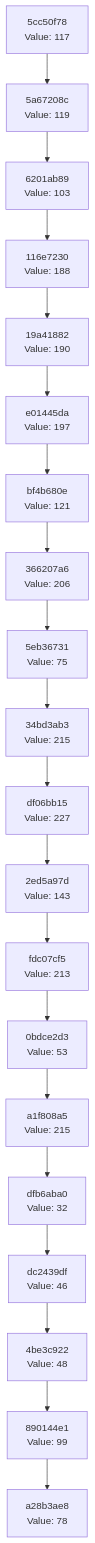
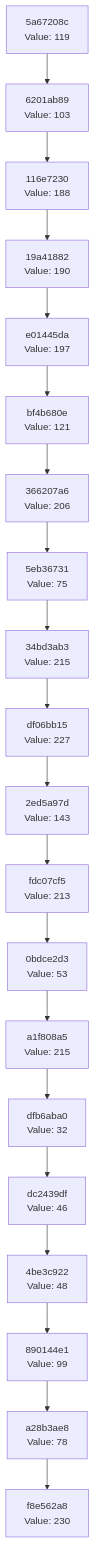
Before and after one commit to Abhisheksinha1506/hash-chain-evolver: the diagram in docs/CHAIN_VISUALIZATION.md, drawn with Mermaid. The commit also changed 3 other files, not shown here.

````diff
--- a/docs/CHAIN_VISUALIZATION.md
+++ b/docs/CHAIN_VISUALIZATION.md
@@ -3,42 +3,42 @@
 ```mermaid
 graph TD
-    C0["a28b3ae8<br/>Value: 78"]
-    C1["890144e1<br/>Value: 99"]
+    C0["f8e562a8<br/>Value: 230"]
+    C1["a28b3ae8<br/>Value: 78"]
     C1 --> C0
-    C2["4be3c922<br/>Value: 48"]
+    C2["890144e1<br/>Value: 99"]
     C2 --> C1
-    C3["dc2439df<br/>Value: 46"]
+    C3["4be3c922<br/>Value: 48"]
     C3 --> C2
-    C4["dfb6aba0<br/>Value: 32"]
+    C4["dc2439df<br/>Value: 46"]
     C4 --> C3
-    C5["a1f808a5<br/>Value: 215"]
+    C5["dfb6aba0<br/>Value: 32"]
     C5 --> C4
-    C6["0bdce2d3<br/>Value: 53"]
+    C6["a1f808a5<br/>Value: 215"]
     C6 --> C5
-    C7["fdc07cf5<br/>Value: 213"]
+    C7["0bdce2d3<br/>Value: 53"]
     C7 --> C6
-    C8["2ed5a97d<br/>Value: 143"]
+    C8["fdc07cf5<br/>Value: 213"]
     C8 --> C7
-    C9["df06bb15<br/>Value: 227"]
+    C9["2ed5a97d<br/>Value: 143"]
     C9 --> C8
-    C10["34bd3ab3<br/>Value: 215"]
+    C10["df06bb15<br/>Value: 227"]
     C10 --> C9
-    C11["5eb36731<br/>Value: 75"]
+    C11["34bd3ab3<br/>Value: 215"]
     C11 --> C10
-    C12["366207a6<br/>Value: 206"]
+    C12["5eb36731<br/>Value: 75"]
     C12 --> C11
-    C13["bf4b680e<br/>Value: 121"]
+    C13["366207a6<br/>Value: 206"]
     C13 --> C12
-    C14["e01445da<br/>Value: 197"]
+    C14["bf4b680e<br/>Value: 121"]
     C14 --> C13
-    C15["19a41882<br/>Value: 190"]
+    C15["e01445da<br/>Value: 197"]
     C15 --> C14
-    C16["116e7230<br/>Value: 188"]
+    C16["19a41882<br/>Value: 190"]
     C16 --> C15
-    C17["6201ab89<br/>Value: 103"]
+    C17["116e7230<br/>Value: 188"]
     C17 --> C16
-    C18["5a67208c<br/>Value: 119"]
+    C18["6201ab89<br/>Value: 103"]
     C18 --> C17
-    C19["5cc50f78<br/>Value: 117"]
+    C19["5a67208c<br/>Value: 119"]
     C19 --> C18
 ```
````
